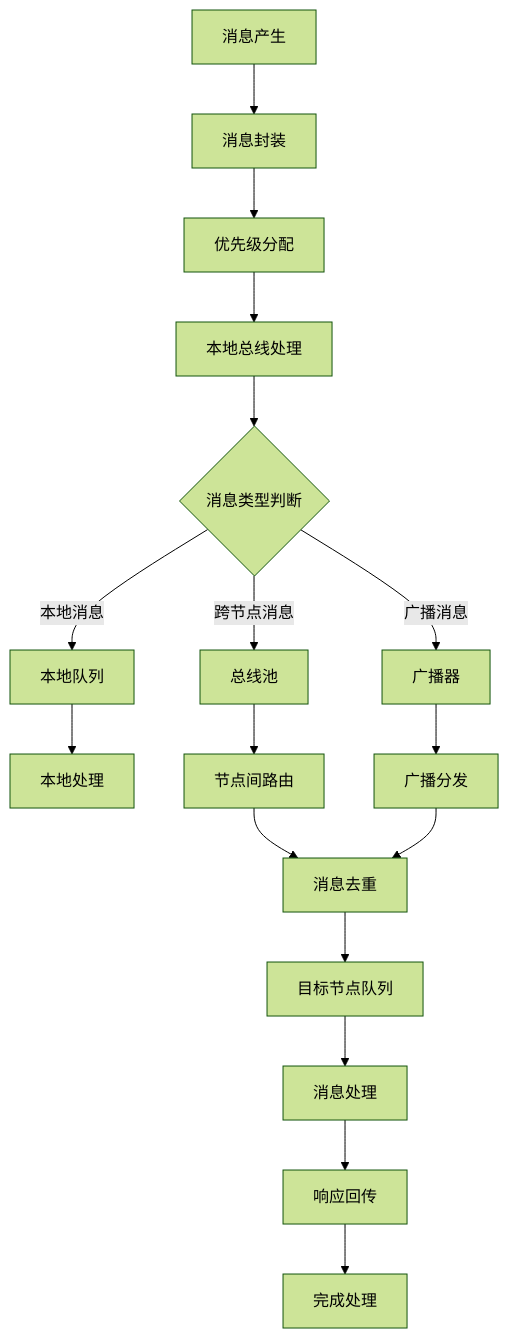
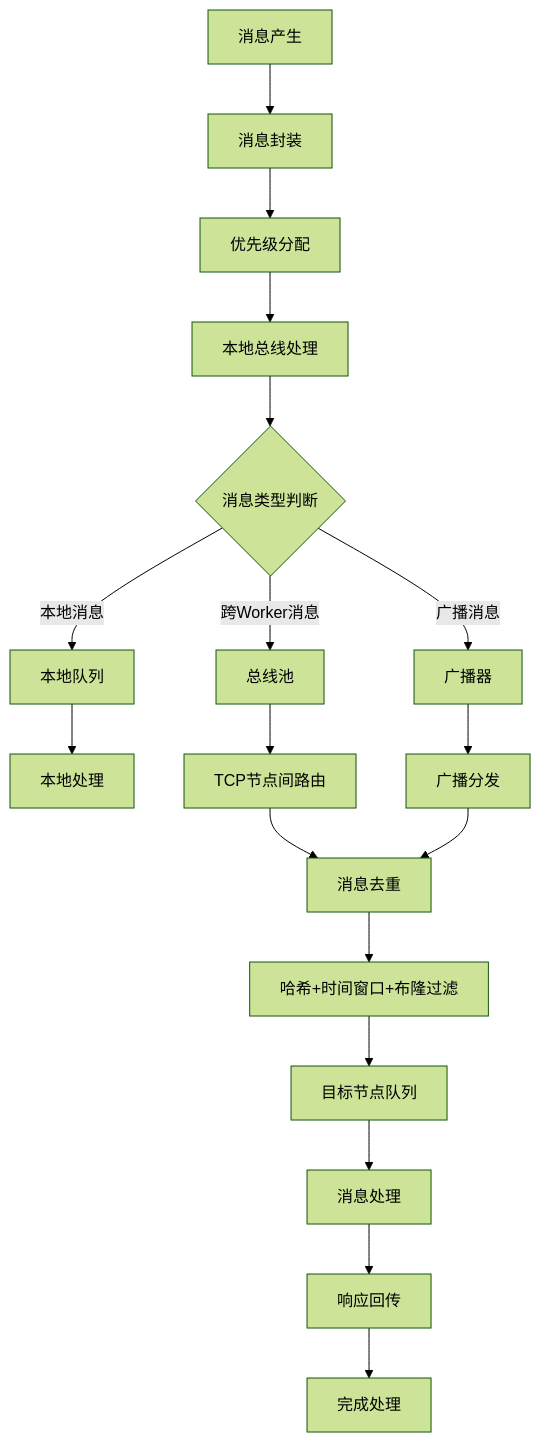
Before and after one commit to ababbabbb/flask_plugins: the sixth of 7 diagrams in docs/design/20250601.md, drawn with Mermaid (forest theme). The commit also changed other lines of this file and 6 other files, not shown here.

````diff
--- a/docs/design/20250601.md
+++ b/docs/design/20250601.md
@@ -318,23 +820,24 @@
 ```mermaid
 graph TD
     A[消息产生] --> B1[消息封装]
     B1 --> B2[优先级分配]
     B2 --> B3[本地总线处理]
-    
+  
     B3 --> C1{消息类型判断}
     C1 -->|本地消息| D1[本地队列]
-    C1 -->|跨节点消息| D2[总线池]
+    C1 -->|跨Worker消息| D2[总线池]
     C1 -->|广播消息| D3[广播器]
-    
+  
     D1 --> E1[本地处理]
-    D2 --> E2[节点间路由]
+    D2 --> E2[TCP节点间路由]
     D3 --> E3[广播分发]
-    
+  
     E2 --> F1[消息去重]
     E3 --> F1
-    F1 --> F2[目标节点队列]
-    
-    F2 --> G1[消息处理]
+    F1 --> F2[哈希+时间窗口+布隆过滤]
+    F2 --> F3[目标节点队列]
+  
+    F3 --> G1[消息处理]
     G1 --> G2[响应回传]
     G2 --> H[完成处理]
 ```
````
